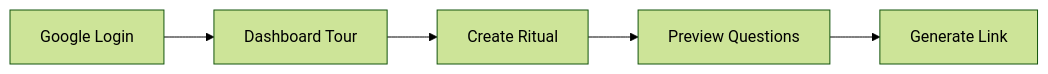
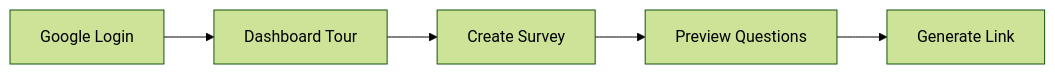
Before and after one commit to salieri009/Re-MirAI: the second of 6 diagrams in docs/04-user-experience/01-User-Journey-Map.md, drawn with Mermaid (forest theme). The commit also changed other lines of this file and 6 other files, not shown here.

````diff
--- a/docs/04-user-experience/01-User-Journey-Map.md
+++ b/docs/04-user-experience/01-User-Journey-Map.md
@@ -77,4 +77,4 @@
 ```mermaid
 graph LR
-    A[Google Login] --> B[Dashboard Tour] --> C[Create Ritual] --> D[Preview Questions] --> E[Generate Link]
+    A[Google Login] --> B[Dashboard Tour] --> C[Create Survey] --> D[Preview Questions] --> E[Generate Link]
 ```
````
